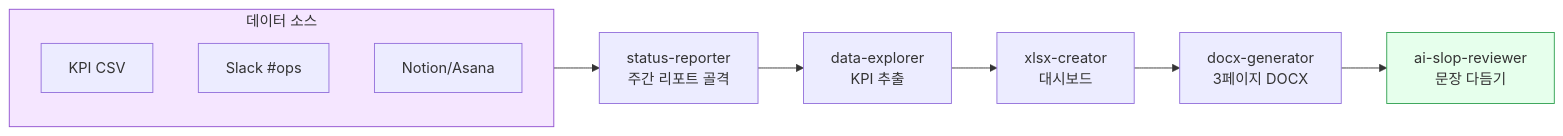
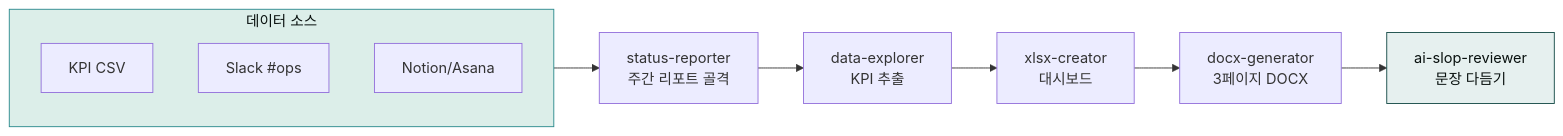
One commit to modu-ai/claude changed the diagram in content/cookbook/report-automation.md. Above: the diagram before and after it, drawn with Mermaid. The commit also changed 97 other files, not shown here.

First line of the commit message:
style(docs-site): mermaid 색상 브랜드 정합 + 라이트 테마 단일화

````diff
--- a/content/cookbook/report-automation.md
+++ b/content/cookbook/report-automation.md
@@ -10,16 +10,16 @@
 ```mermaid
 flowchart LR
     subgraph Sources["데이터 소스"]
         S1["KPI CSV"]
         S2["Slack #ops"]
         S3["Notion/Asana"]
     end
     A["status-reporter<br/>주간 리포트 골격"] --> B["data-explorer<br/>KPI 추출"]
     B --> C["xlsx-creator<br/>대시보드"]
     C --> D["docx-generator<br/>3페이지 DOCX"]
     D --> E["ai-slop-reviewer<br/>문장 다듬기"]
     Sources --> A
 
-    style Sources fill:#f5e6ff,stroke:#9050d0
-    style E fill:#e6ffec,stroke:#30a050
+    style Sources fill:#dceee9,stroke:#2a8a8c,color:#09110f
+    style E fill:#e6f0ef,stroke:#144a46,color:#09110f
 ```
````
